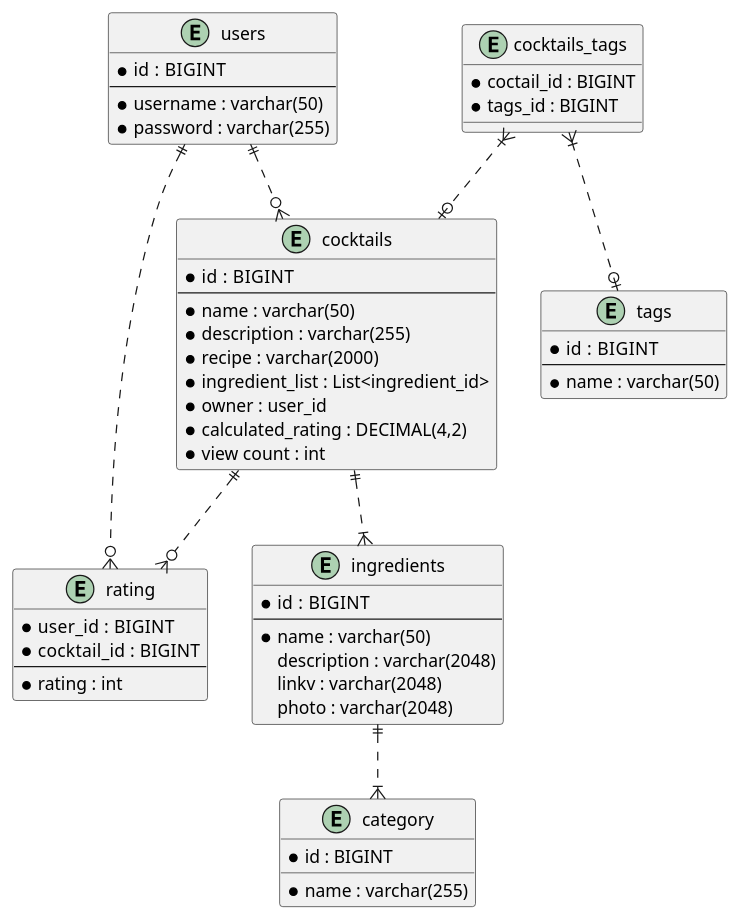
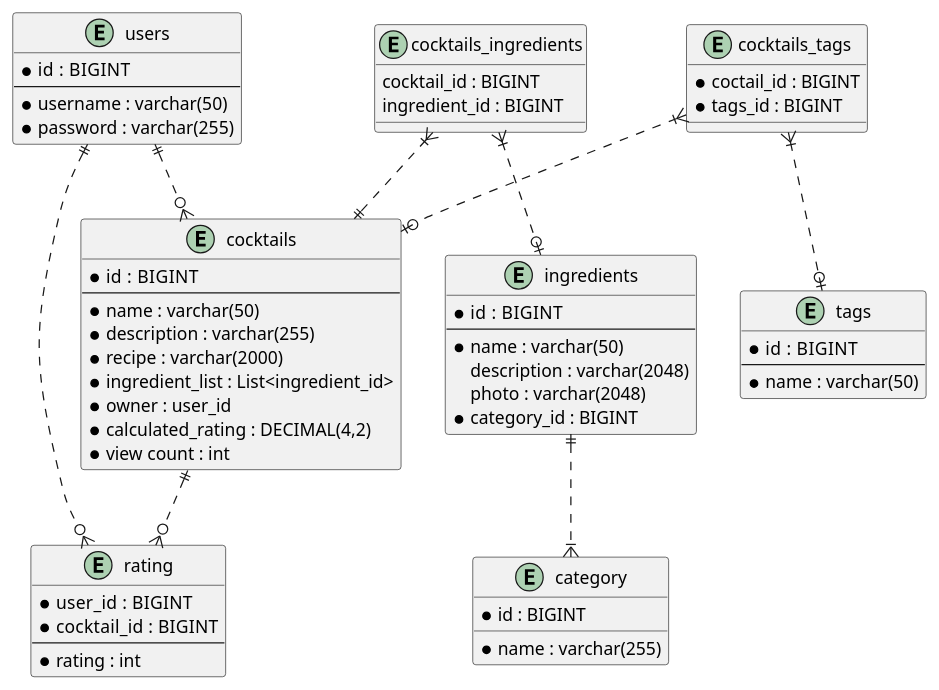
One commit to WUNDRZ/cocktail-book changed the diagram in coctail bar.puml. Above: the diagram before and after it, drawn with PlantUML.

Commit message:
add fixes

```diff
--- a/coctail bar.puml
+++ b/coctail bar.puml
@@ -1,62 +1,69 @@
 @startuml
     entity users{
         *id :  BIGINT
         --
         *username : varchar(50)
         *password : varchar(255)
 }
 
     entity ingredients{
         *id :  BIGINT
         --
         *name : varchar(50)
         description : varchar(2048)
-        linkv : varchar(2048)
         photo : varchar(2048)
+        *category_id : BIGINT
 }
 
     entity cocktails {
         *id :  BIGINT
         --
         *name : varchar(50)
         *description : varchar(255)
         *recipe : varchar(2000)
         *ingredient_list : List<ingredient_id>
         *owner : user_id
         *calculated_rating : DECIMAL(4,2)
         *view count : int
+}
+
+    entity cocktails_ingredients{
+        cocktail_id : BIGINT
+        ingredient_id : BIGINT
 }
 
     entity tags {
         *id :  BIGINT
         --
         *name : varchar(50)
 }
 
     entity rating{
         *user_id :  BIGINT
         *cocktail_id :  BIGINT
         --
         * rating : int
 }
 
     entity cocktails_tags {
         *coctail_id : BIGINT
         *tags_id : BIGINT
     }
 
     entity category {
     *id : BIGINT
     *name : varchar(255)
     }
 
     users ||..o{ cocktails
     users ||..o{ rating
     cocktails ||..o{ rating
-    cocktails ||..|{ ingredients
+    ingredients ||..|{ category
     cocktails_tags }|..o| cocktails
     cocktails_tags }|..o| tags
-    ingredients ||..|{ category
+    cocktails_ingredients }|..|| cocktails
+    cocktails_ingredients }|..o| ingredients
+
 
 
 @enduml
```
